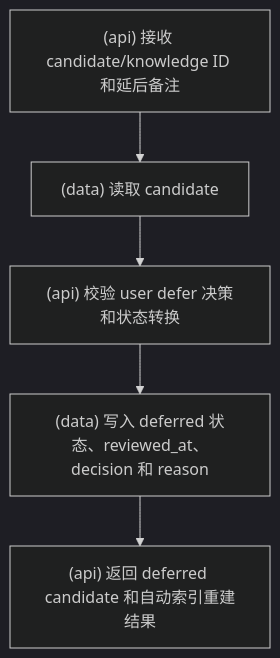
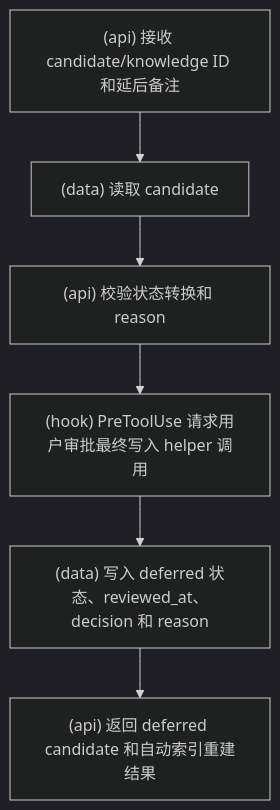
One commit to srangerme/KBManager changed the seventh of 21 diagrams in docs/流程图.md. Above: the diagram before and after it, drawn with Mermaid (dark theme). The commit also changed other lines of this file and 48 other files, not shown here.

````diff
--- a/docs/流程图.md
+++ b/docs/流程图.md
@@ -116,7 +115,8 @@
 ```mermaid
 flowchart TD
   A["(api) 接收 candidate/knowledge ID 和延后备注"] --> B["(data) 读取 candidate"]
-  B --> C["(api) 校验 user defer 决策和状态转换"]
-  C --> D["(data) 写入 deferred 状态、reviewed_at、decision 和 reason"]
+  B --> C["(api) 校验状态转换和 reason"]
+  C --> H["(hook) PreToolUse 请求用户审批最终写入 helper 调用"]
+  H --> D["(data) 写入 deferred 状态、reviewed_at、decision 和 reason"]
   D --> E["(api) 返回 deferred candidate 和自动索引重建结果"]
 ```
````
